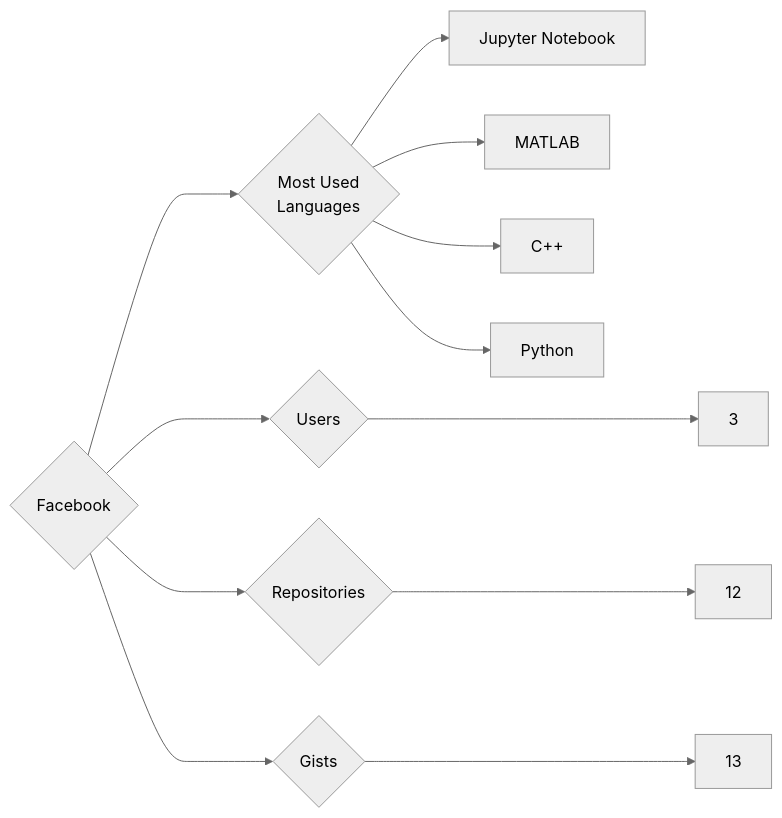
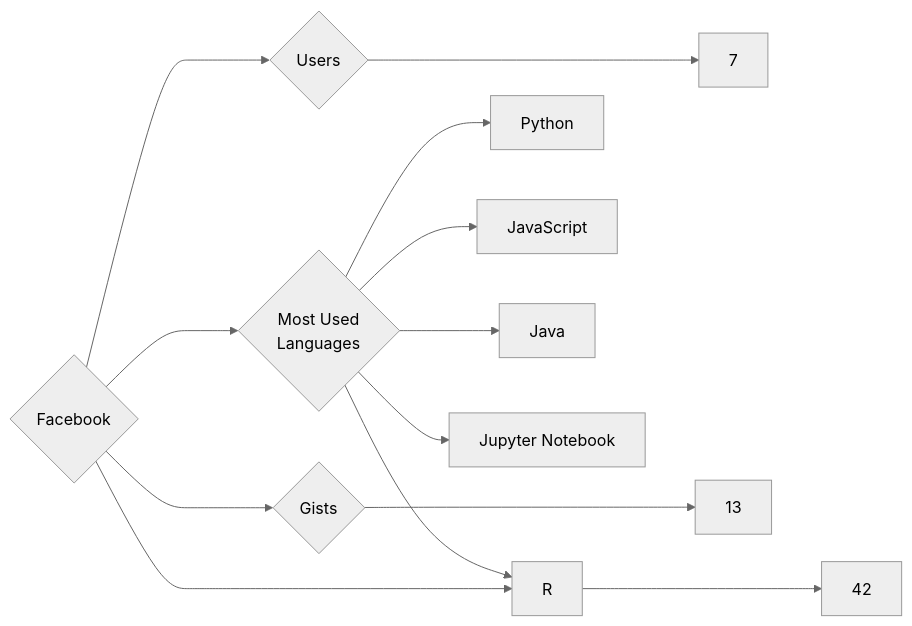
The diagram in targets/Facebook/README.md (trickest/insiders), drawn with Mermaid (neutral theme) before and after one commit. The commit also changed 1166 other files, not shown here.

````diff
--- a/targets/Facebook/README.md
+++ b/targets/Facebook/README.md
@@ -3,12 +3,13 @@
 ```mermaid
 graph LR
 COMPANY_NAME{Facebook}
-COMPANY_NAME ---> U{Users} ---> UN[3]
-COMPANY_NAME ---> R{Repositories} ---> RN[12]
+COMPANY_NAME ---> U{Users} ---> UN[7]
+COMPANY_NAME ---> R{Repositories} ---> RN[42]
 COMPANY_NAME ---> G{Gists} ---> GN[13]
 COMPANY_NAME ---> ML{Most Used<br>Languages}
+ML --> Python[Python]
+ML --> JavaScript[JavaScript]
+ML --> Java[Java]
+ML --> R[R]
 ML --> Jupyter_Notebook[Jupyter Notebook]
-ML --> MATLAB[MATLAB]
-ML --> C++[C++]
-ML --> Python[Python]
 ```
````
